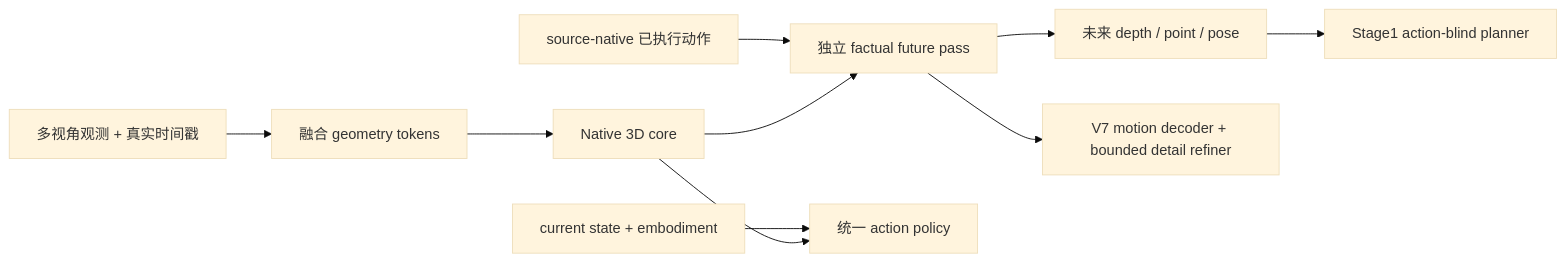
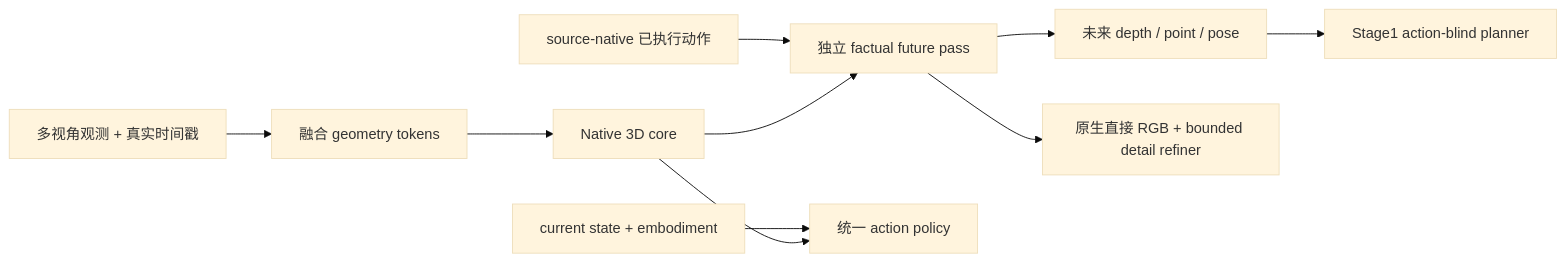
The diagram in wm3d/README.md (wxqnl/world_model), drawn with Mermaid (base theme) before and after one commit. The commit also changed other lines of this file and 38 other files, not shown here.

````diff
--- a/wm3d/README.md
+++ b/wm3d/README.md
@@ -8,12 +8,12 @@
 ```mermaid
 flowchart LR
   O["多视角观测 + 真实时间戳"] --> G["融合 geometry tokens"]
   G --> C["Native 3D core"]
   A["source-native 已执行动作"] --> F["独立 factual future pass"]
   C --> F
   S["current state + embodiment"] --> H["统一 action policy"]
   F --> W["未来 depth / point / pose"]
-  F --> R["V7 motion decoder + bounded detail refiner"]
+  F --> R["原生直接 RGB + bounded detail refiner"]
   C --> H
   W --> P["Stage1 action-blind planner"]
 ```
````
